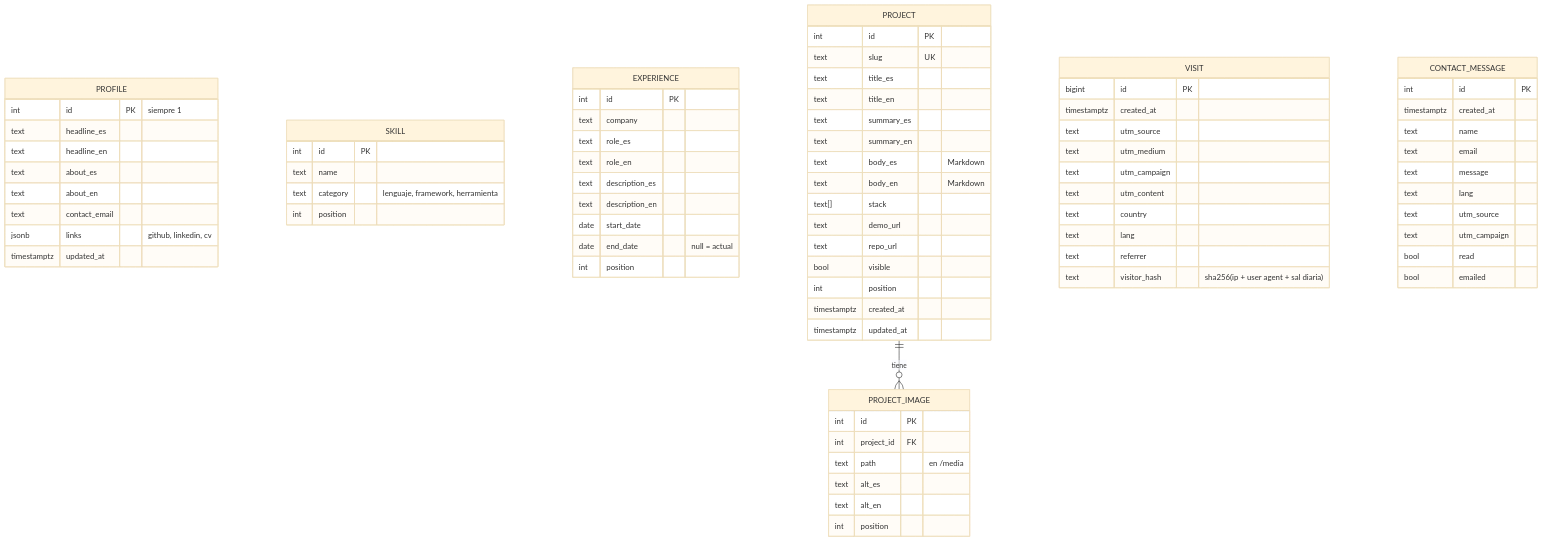
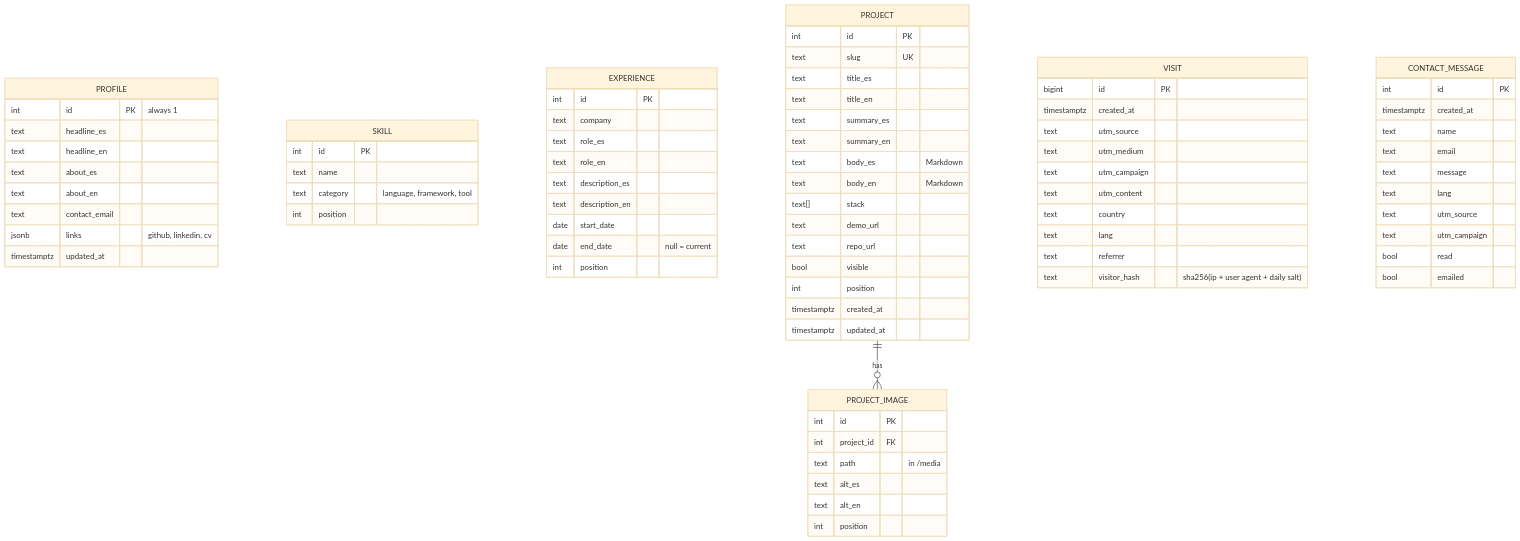
One commit to GearXnico/Portafolio-Page changed the third of 3 diagrams in docs/architecture.md. Above: the diagram before and after it, drawn with Mermaid (base theme). The commit also changed other lines of this file, not shown here.

First line of the commit message:
docs: translate the architecture document to English

````diff
--- a/docs/architecture.md
+++ b/docs/architecture.md
@@ -104,80 +104,80 @@
 ```mermaid
 erDiagram
     PROFILE {
-        int id PK "siempre 1"
+        int id PK "always 1"
         text headline_es
         text headline_en
         text about_es
         text about_en
         text contact_email
         jsonb links "github, linkedin, cv"
         timestamptz updated_at
     }
     SKILL {
         int id PK
         text name
-        text category "lenguaje, framework, herramienta"
+        text category "language, framework, tool"
         int position
     }
     EXPERIENCE {
         int id PK
         text company
         text role_es
         text role_en
         text description_es
         text description_en
         date start_date
-        date end_date "null = actual"
+        date end_date "null = current"
         int position
     }
     PROJECT {
         int id PK
         text slug UK
         text title_es
         text title_en
         text summary_es
         text summary_en
         text body_es "Markdown"
         text body_en "Markdown"
         text[] stack
         text demo_url
         text repo_url
         bool visible
         int position
         timestamptz created_at
         timestamptz updated_at
     }
     PROJECT_IMAGE {
         int id PK
         int project_id FK
-        text path "en /media"
+        text path "in /media"
         text alt_es
         text alt_en
         int position
     }
     VISIT {
         bigint id PK
         timestamptz created_at
         text utm_source
         text utm_medium
         text utm_campaign
         text utm_content
         text country
         text lang
         text referrer
-        text visitor_hash "sha256(ip + user agent + sal diaria)"
+        text visitor_hash "sha256(ip + user agent + daily salt)"
     }
     CONTACT_MESSAGE {
         int id PK
         timestamptz created_at
         text name
         text email
         text message
         text lang
         text utm_source
         text utm_campaign
         bool read
         bool emailed
     }
-    PROJECT ||--o{ PROJECT_IMAGE : tiene
+    PROJECT ||--o{ PROJECT_IMAGE : has
 ```
````
